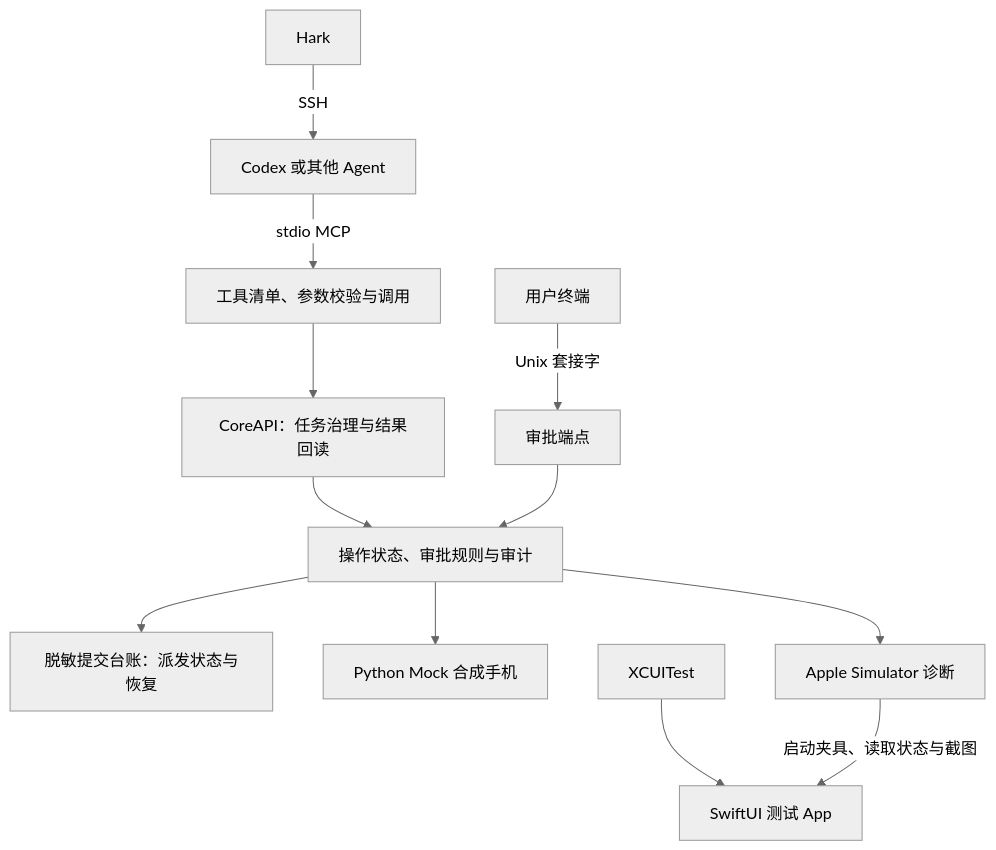
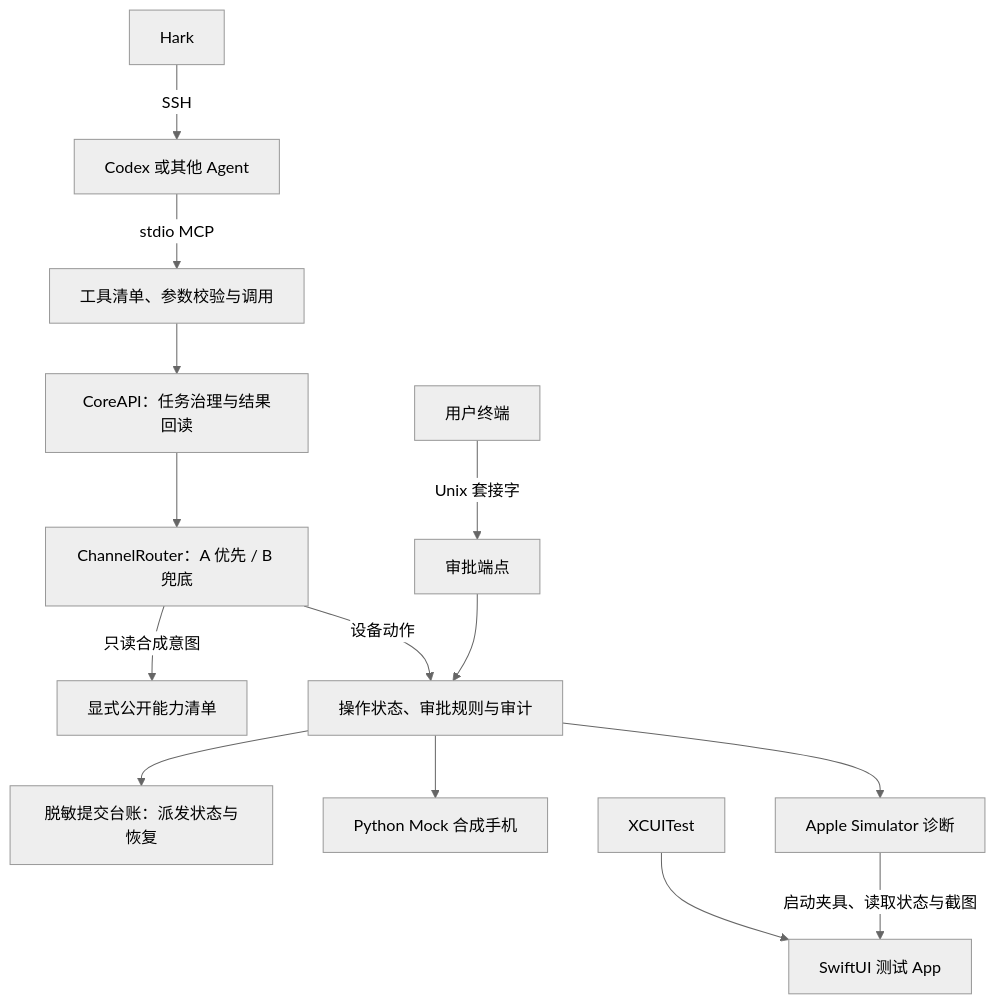
The diagram in docs/architecture.md (shuishui313/phonebridge), drawn with Mermaid (neutral theme) before and after one commit. The commit also changed other lines of this file and 15 other files, not shown here.

````diff
--- a/docs/architecture.md
+++ b/docs/architecture.md
@@ -5,14 +5,16 @@
 ```mermaid
 flowchart TD
   Hark[Hark] -->|SSH| Agent[Codex 或其他 Agent]
   Agent -->|stdio MCP| MCP[工具清单、参数校验与调用]
   Operator[用户终端] -->|Unix 套接字| Approvals[审批端点]
   MCP --> API[CoreAPI：任务治理与结果回读]
-  API --> Core[操作状态、审批规则与审计]
+  API --> Router[ChannelRouter：A 优先 / B 兜底]
+  Router -->|只读合成意图| Intents[显式公开能力清单]
+  Router -->|设备动作| Core[操作状态、审批规则与审计]
   Approvals --> Core
   Core --> Ledger[脱敏提交台账：派发状态与恢复]
   Core --> Mock[Python Mock 合成手机]
   Core --> Simctl[Apple Simulator 诊断]
   XCTest[XCUITest] --> Fixture[SwiftUI 测试 App]
   Simctl -->|启动夹具、读取状态与截图| Fixture
 ```
````
